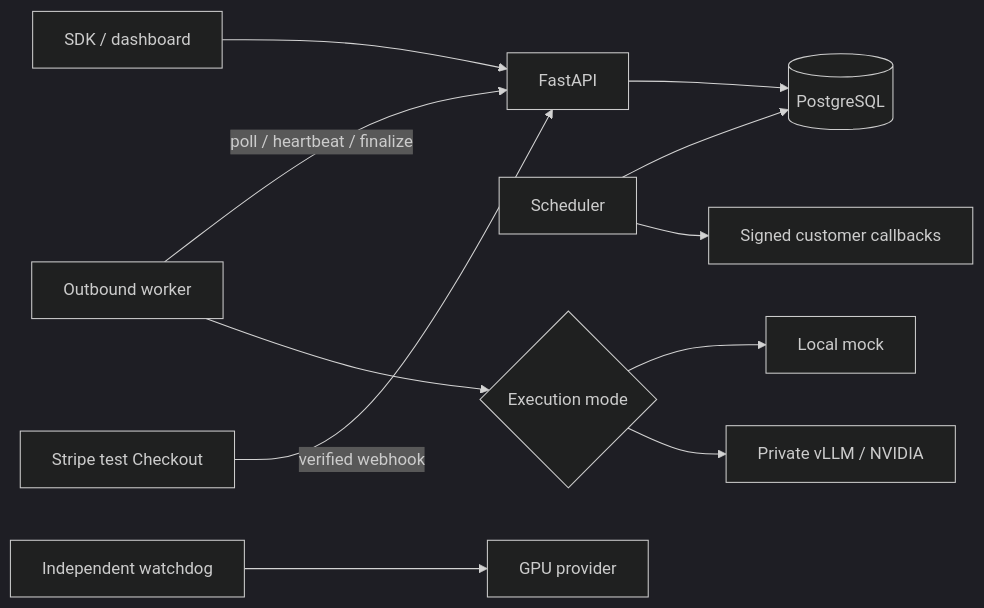
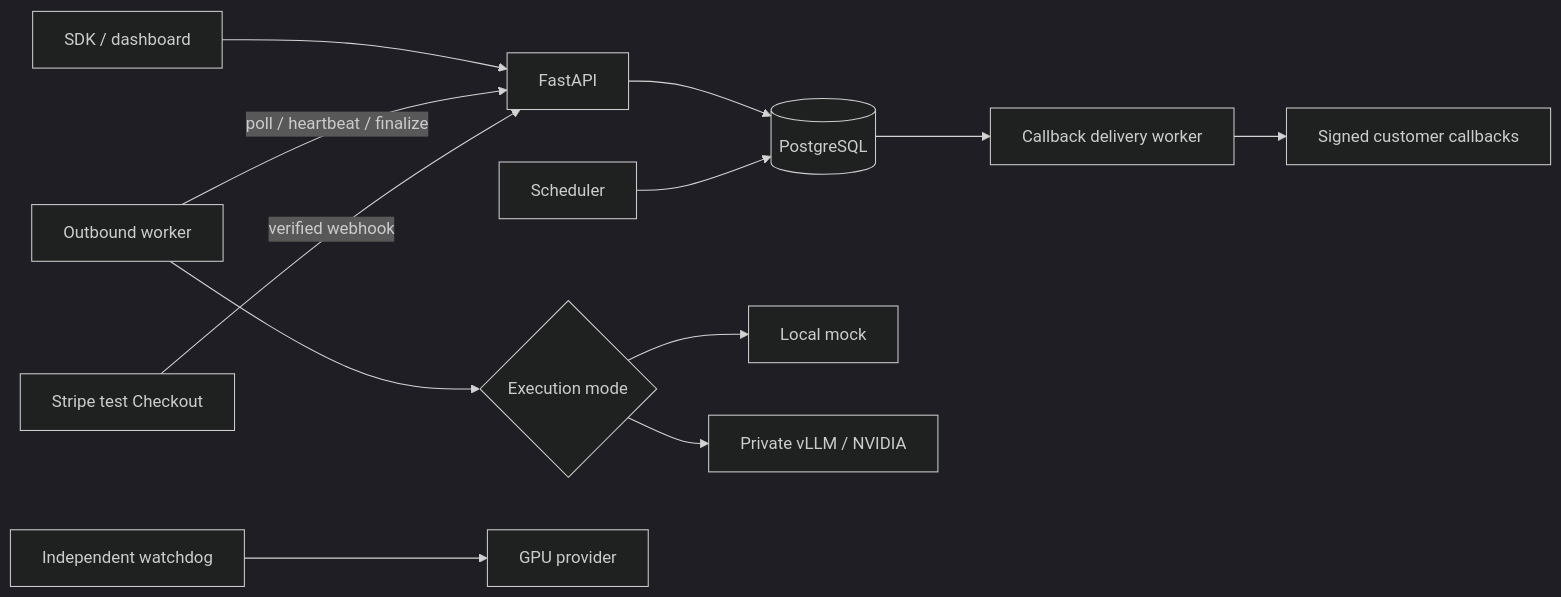
The first of 2 diagrams in README.md (manishklach/InferenceFlow), drawn with Mermaid (dark theme) before and after one commit. The commit also changed other lines of this file and 33 other files, not shown here.

```diff
--- a/README.md
+++ b/README.md
@@ -91,13 +97,14 @@
 ~~~mermaid
 flowchart LR
     C[SDK / dashboard] --> A[FastAPI]
     A --> P[(PostgreSQL)]
     S[Scheduler] --> P
     W[Outbound worker] -->|poll / heartbeat / finalize| A
     W --> M{Execution mode}
     M --> L[Local mock]
     M --> V[Private vLLM / NVIDIA]
     ST[Stripe test Checkout] -->|verified webhook| A
-    S --> H[Signed customer callbacks]
+    P --> H[Callback delivery worker]
+    H --> CB[Signed customer callbacks]
     G[Independent watchdog] --> R[GPU provider]
 ~~~
```
